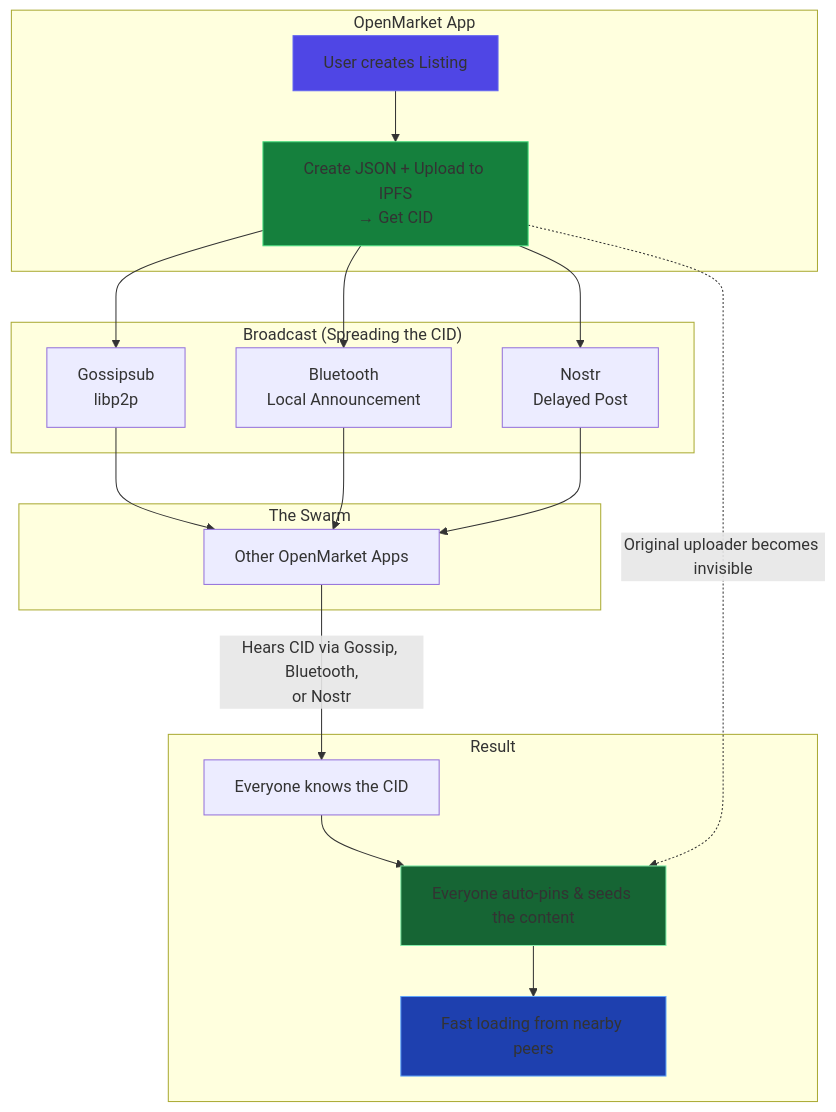
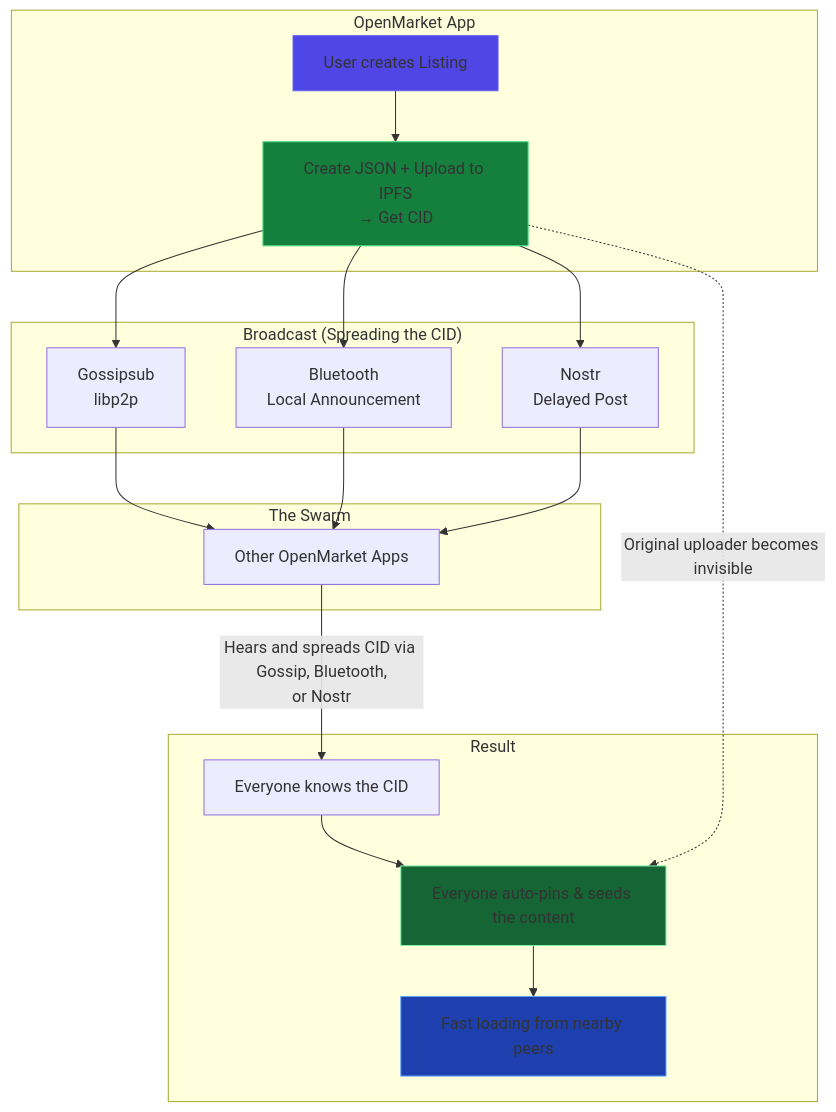
The diagram in README.md (lukeprofits/OpenMarket), drawn with Mermaid before and after one commit.

````diff
--- a/README.md
+++ b/README.md
@@ -14,43 +14,43 @@
 ```mermaid
 flowchart TD
     subgraph "OpenMarket App"
         A[User creates Listing] 
         B[Create JSON + Upload to IPFS<br/>→ Get CID]
     end
 
     subgraph "Broadcast (Spreading the CID)"
         C[Gossipsub<br/>libp2p]
         D[Bluetooth<br/>Local Announcement]
         E[Nostr<br/>Delayed Post]
     end
 
     subgraph "The Swarm"
         F[Other OpenMarket Apps]
     end
 
     subgraph "Result"
         G[Everyone knows the CID]
         H[Everyone auto-pins & seeds the content]
         I[Fast loading from nearby peers]
     end
 
     A --> B
     B --> C
     B --> D
     B --> E
 
     C --> F
     D --> F
     E --> F
 
-    F -->|"Hears CID via Gossip, Bluetooth,<br/>or Nostr"| G
+    F -->|"Hears and spreads CID via Gossip, Bluetooth,<br/>or Nostr"| G
     G --> H
     H --> I
 
     B -.->|"Original uploader becomes invisible"| H
 
     style A fill:#4f46e5,stroke:#6366f1
     style B fill:#15803d,stroke:#4ade80
     style H fill:#166534,stroke:#86efac
     style I fill:#1e40af,stroke:#60a5fa
 ```
````
